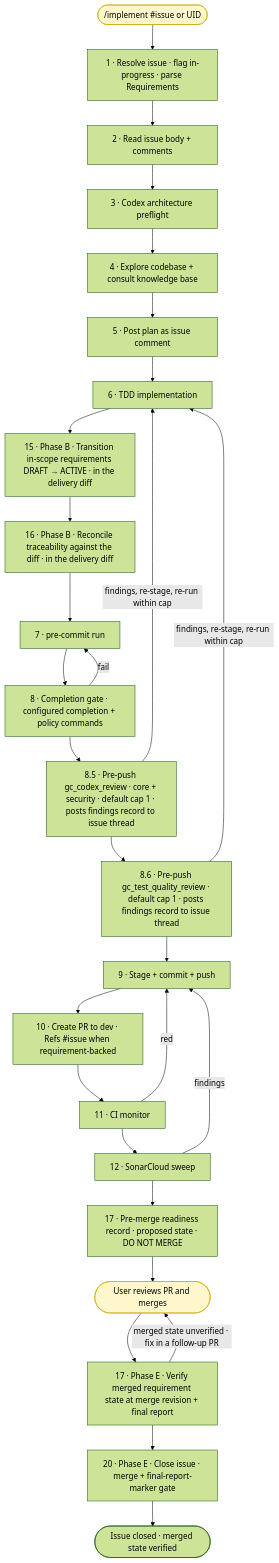
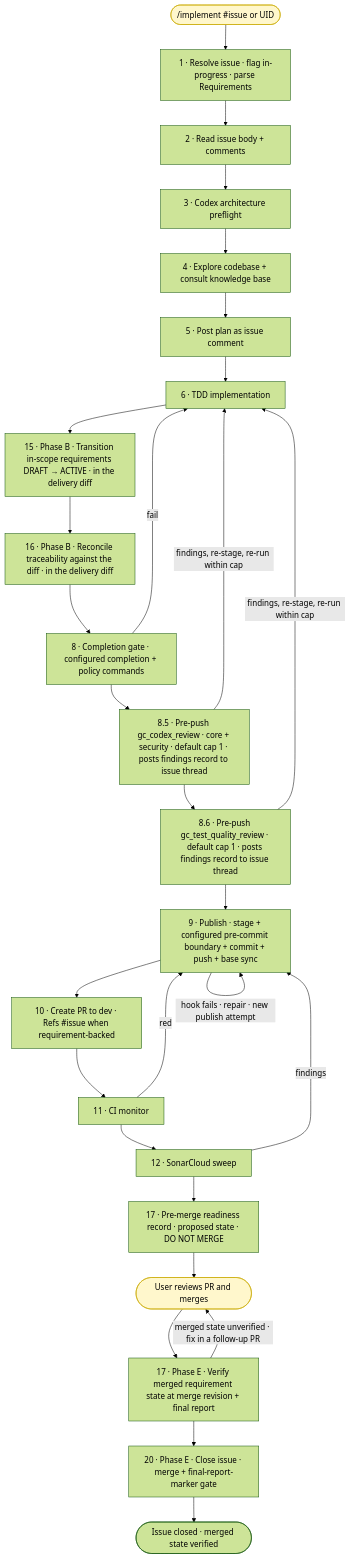
Before and after one commit to autarchy-ai/Ground-Control: the diagram in docs/DEVELOPMENT_WORKFLOW.md, drawn with Mermaid (forest theme). The commit also changed other lines of this file and 10 other files, not shown here.

Commit message:
Keep pre-commit inside the publish boundary and reject manual invocation prose

````diff
--- a/docs/DEVELOPMENT_WORKFLOW.md
+++ b/docs/DEVELOPMENT_WORKFLOW.md
@@ -162,57 +162,56 @@
 ```mermaid
 flowchart TB
   Start([/implement #issue or UID])
   S1[1 · Resolve issue · flag in-progress · parse Requirements]
   S2[2 · Read issue body + comments]
   S3[3 · Codex architecture preflight]
   S4[4 · Explore codebase + consult knowledge base]
   S5[5 · Post plan as issue comment]
   S6[6 · TDD implementation]
   S15[15 · Phase B · Transition in-scope requirements DRAFT → ACTIVE · in the delivery diff]
   S16[16 · Phase B · Reconcile traceability against the diff · in the delivery diff]
-  S7[7 · pre-commit run]
   S8[8 · Completion gate · configured completion + policy commands]
   S8b[8.5 · Pre-push gc_codex_review · core + security · default cap 1 · posts findings record to issue thread]
   S8c[8.6 · Pre-push gc_test_quality_review · default cap 1 · posts findings record to issue thread]
-  S9[9 · Stage + commit + push]
+  S9[9 · Publish · stage + configured pre-commit boundary + commit + push + base sync]
   S10[10 · Create PR to dev · Refs #issue when requirement-backed]
   S11[11 · CI monitor]
   S12[12 · SonarCloud sweep]
   S17r[17 · Pre-merge readiness record · proposed state · DO NOT MERGE]
   End([User reviews PR and merges])
   S17d[17 · Phase E · Verify merged requirement state at merge revision + final report]
   S20[20 · Phase E · Close issue · merge + final-report-marker gate]
   Done([Issue closed · merged state verified])
 
   Start --> S1
   S1 --> S2
   S2 --> S3
   S3 --> S4
   S4 --> S5
   S5 --> S6
   S6 --> S15
   S15 --> S16
-  S16 --> S7
-  S7 --> S8
+  S16 --> S8
   S8 --> S8b
   S8b --> S8c
   S8c --> S9
   S9 --> S10
   S10 --> S11
   S11 --> S12
   S12 --> S17r
   S17r --> End
   End --> S17d
   S17d --> S20
   S20 --> Done
 
-  S8 -->|fail| S7
+  S8 -->|fail| S6
+  S9 -->|hook fails · repair · new publish attempt| S9
   S8b -->|findings, re-stage, re-run within cap| S6
   S8c -->|findings, re-stage, re-run within cap| S6
   S11 -->|red| S9
   S12 -->|findings| S9
   S17d -->|merged state unverified · fix in a follow-up PR| End
 
   classDef user fill:#fff7cc,stroke:#c9a900,color:#000
   class Start,End user
 ```
````
